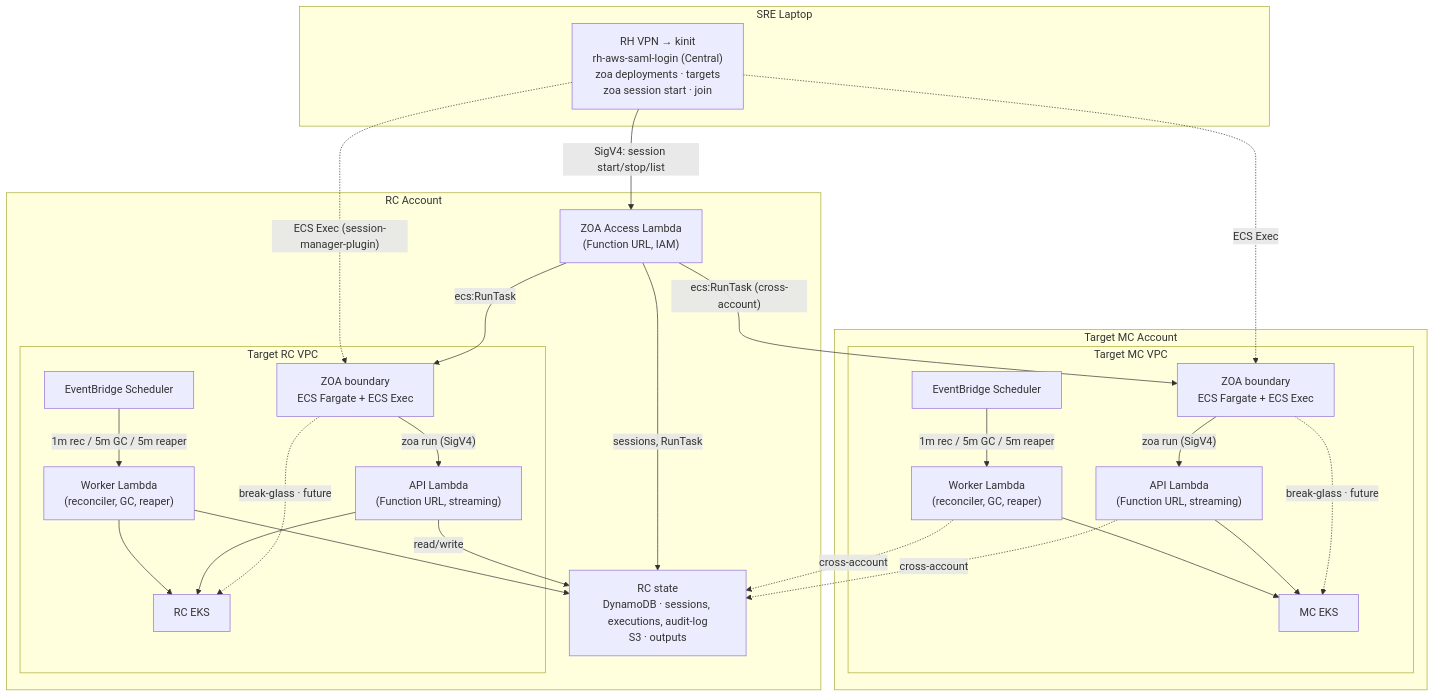
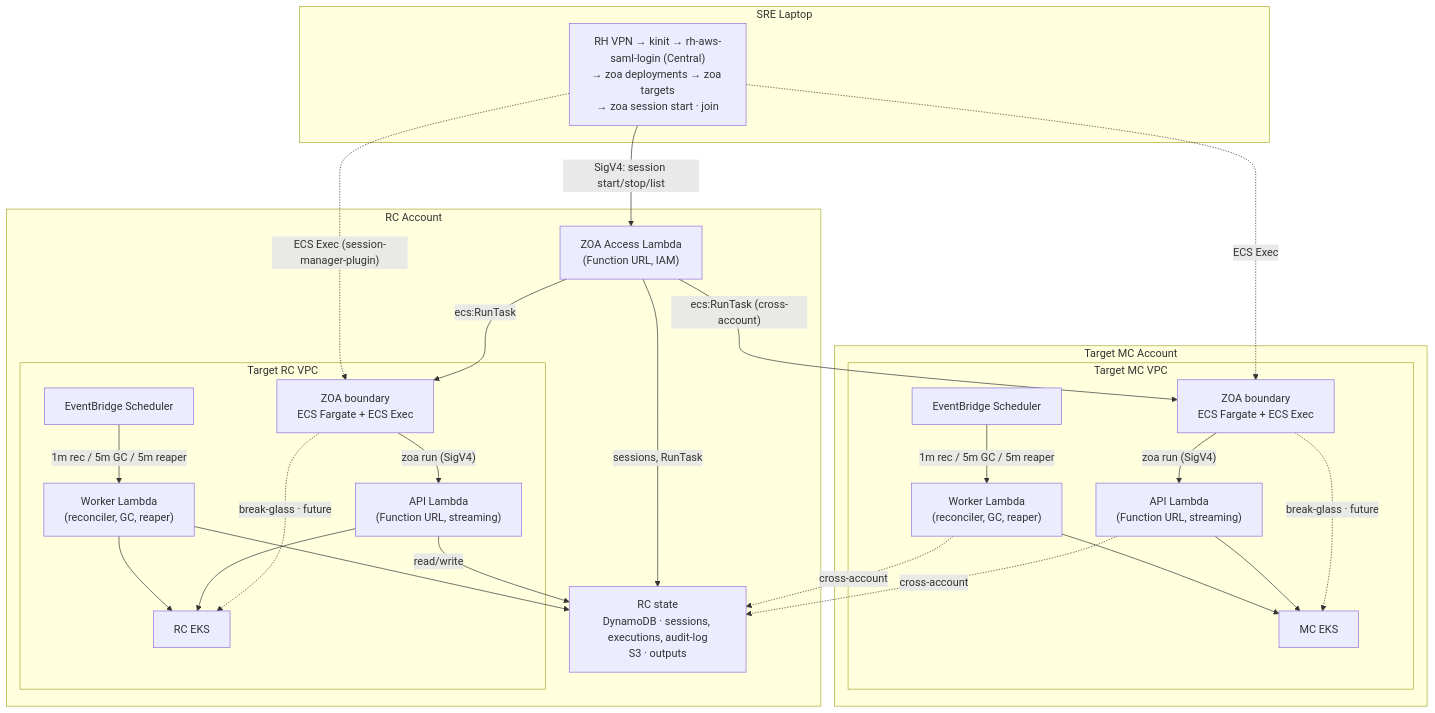
The diagram in README.md (slopezz/rosa-hyperfleet-zoa), drawn with Mermaid before and after one commit.

Commit message:
ROSAENG-68805 | docs: chain laptop steps with arrows in README diagram

````diff
--- a/README.md
+++ b/README.md
@@ -75,59 +75,59 @@
 ```mermaid
 ---
 config:
   layout: dagre
 ---
 graph TD
     subgraph laptop["SRE Laptop"]
-        L["RH VPN → kinit<br/>rh-aws-saml-login (Central)<br/>zoa deployments · targets<br/>zoa session start · join"]
+        L["RH VPN → kinit → rh-aws-saml-login (Central)<br/>→ zoa deployments → zoa targets<br/>→ zoa session start · join"]
     end
 
     subgraph rc["RC Account"]
         ACCESS["ZOA Access Lambda<br/>(Function URL, IAM)"]
         STATE["RC state<br/>DynamoDB · sessions, executions, audit-log<br/>S3 · outputs"]
         subgraph rc_vpc["Target RC VPC"]
             BOUNDARY_RC["ZOA boundary<br/>ECS Fargate + ECS Exec"]
             EB_RC["EventBridge Scheduler"]
             API_RC["API Lambda<br/>(Function URL, streaming)"]
             WORKER_RC["Worker Lambda<br/>(reconciler, GC, reaper)"]
             EKS_RC["RC EKS"]
         end
     end
 
     subgraph mc["Target MC Account"]
         subgraph mc_vpc["Target MC VPC"]
             BOUNDARY_MC["ZOA boundary<br/>ECS Fargate + ECS Exec"]
             EB_MC["EventBridge Scheduler"]
             API_MC["API Lambda<br/>(Function URL, streaming)"]
             WORKER_MC["Worker Lambda<br/>(reconciler, GC, reaper)"]
             EKS_MC["MC EKS"]
         end
     end
 
     L -->|"SigV4: session start/stop/list"| ACCESS
     ACCESS -->|"sessions, RunTask"| STATE
     ACCESS -->|"ecs:RunTask"| BOUNDARY_RC
     ACCESS -->|"ecs:RunTask (cross-account)"| BOUNDARY_MC
 
     L -.->|"ECS Exec (session-manager-plugin)"| BOUNDARY_RC
     L -.->|"ECS Exec"| BOUNDARY_MC
 
     BOUNDARY_RC -->|"zoa run (SigV4)"| API_RC
     BOUNDARY_MC -->|"zoa run (SigV4)"| API_MC
 
     BOUNDARY_RC -.->|"break-glass · future"| EKS_RC
     BOUNDARY_MC -.->|"break-glass · future"| EKS_MC
 
     EB_RC -->|"1m rec / 5m GC / 5m reaper"| WORKER_RC
     EB_MC -->|"1m rec / 5m GC / 5m reaper"| WORKER_MC
 
     API_RC --> EKS_RC
     WORKER_RC --> EKS_RC
     API_MC --> EKS_MC
     WORKER_MC --> EKS_MC
 
     API_RC -->|"read/write"| STATE
     WORKER_RC --> STATE
     API_MC -.->|"cross-account"| STATE
     WORKER_MC -.->|"cross-account"| STATE
 ```
````
